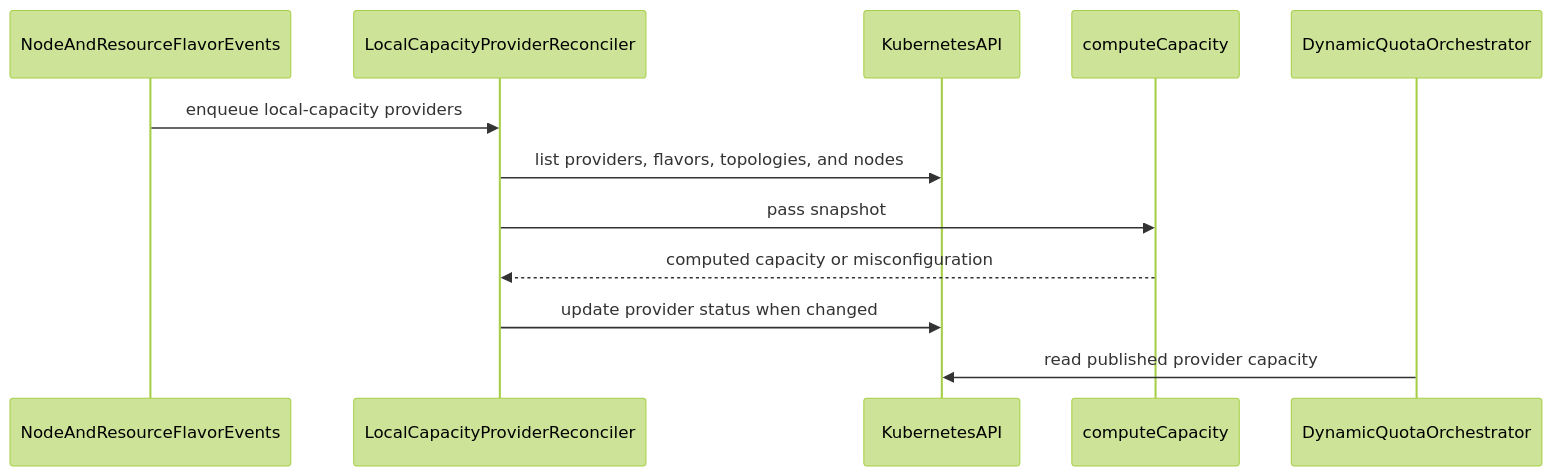
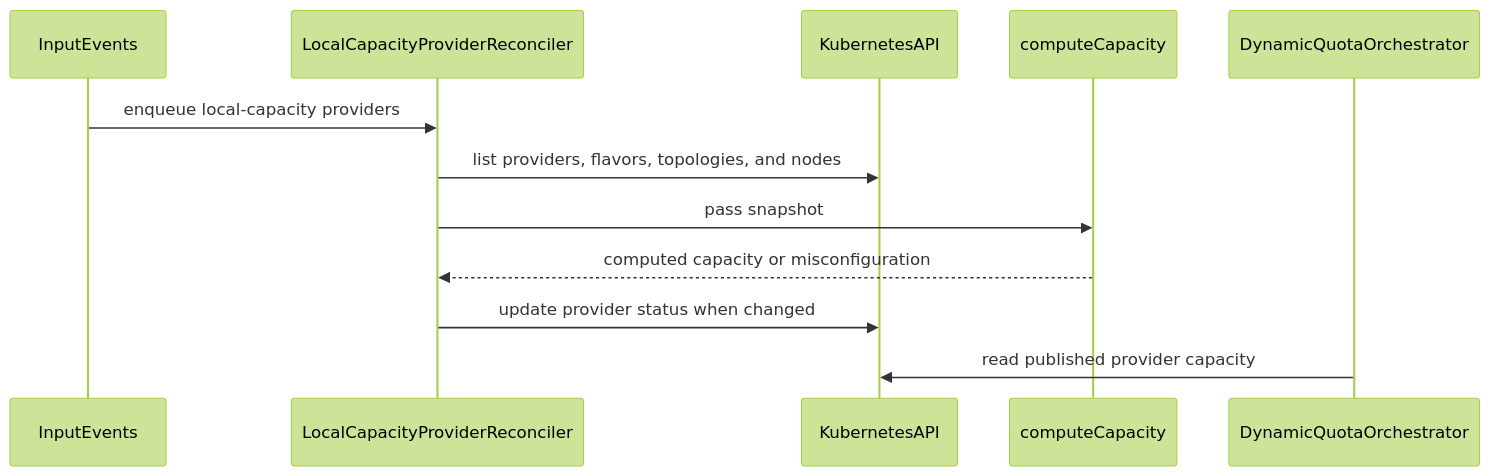
One commit to reruno/kueue-llm-wiki changed the diagram in raw/github/kubernetes-sigs__kueue/pr-16080.md. Above: the diagram before and after it, drawn with Mermaid (forest theme). The commit also changed other lines of this file and 713 other files, not shown here.

````diff
--- a/raw/github/kubernetes-sigs__kueue/pr-16080.md
+++ b/raw/github/kubernetes-sigs__kueue/pr-16080.md
@@ -113,14 +210,14 @@
 ```mermaid
 sequenceDiagram
-  participant NodeAndResourceFlavorEvents
+  participant InputEvents
   participant LocalCapacityProviderReconciler
   participant KubernetesAPI
   participant computeCapacity
   participant DynamicQuotaOrchestrator
-  NodeAndResourceFlavorEvents->>LocalCapacityProviderReconciler: enqueue local-capacity providers
+  InputEvents->>LocalCapacityProviderReconciler: enqueue local-capacity providers
   LocalCapacityProviderReconciler->>KubernetesAPI: list providers, flavors, topologies, and nodes
   LocalCapacityProviderReconciler->>computeCapacity: pass snapshot
   computeCapacity-->>LocalCapacityProviderReconciler: computed capacity or misconfiguration
   LocalCapacityProviderReconciler->>KubernetesAPI: update provider status when changed
   DynamicQuotaOrchestrator->>KubernetesAPI: read published provider capacity
 ```
````
